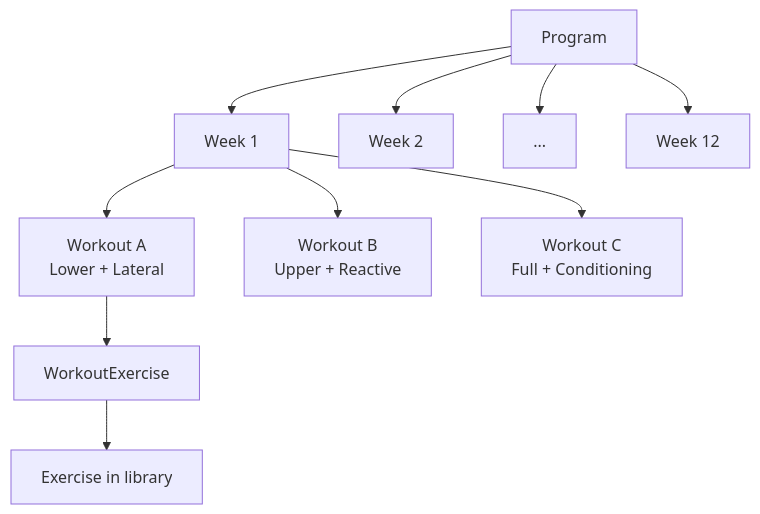
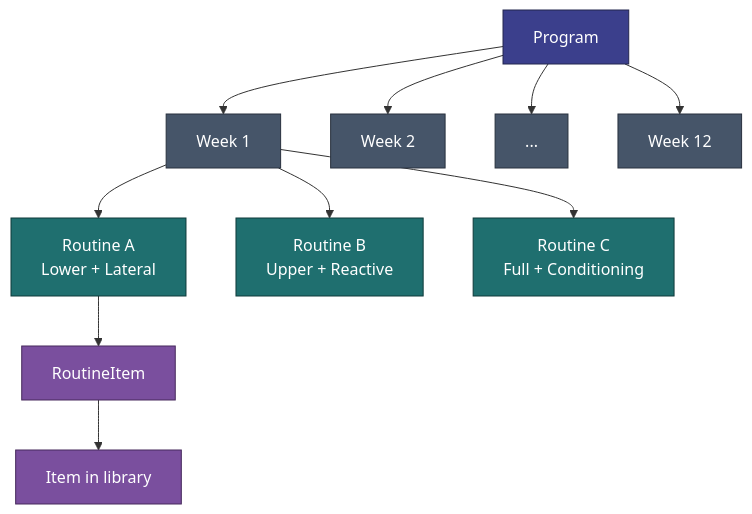
Before and after one commit to jermbo/CosmicWorkOut: the first of 2 diagrams in docs/requirements/program-management.md, drawn with Mermaid. The commit also changed other lines of this file and 132 other files, not shown here.

````diff
--- a/docs/requirements/program-management.md
+++ b/docs/requirements/program-management.md
@@ -30,15 +30,24 @@
 ```mermaid
 flowchart TB
     Prog[Program]
     Prog --> W1[Week 1]
     Prog --> W2[Week 2]
     Prog --> Wdot["..."]
     Prog --> W12[Week 12]
 
-    W1 --> WA["Workout A<br/>Lower + Lateral"]
-    W1 --> WB["Workout B<br/>Upper + Reactive"]
-    W1 --> WC["Workout C<br/>Full + Conditioning"]
+    W1 --> WA["Routine A<br/>Lower + Lateral"]
+    W1 --> WB["Routine B<br/>Upper + Reactive"]
+    W1 --> WC["Routine C<br/>Full + Conditioning"]
 
-    WA --> WE1[WorkoutExercise]
-    WE1 --> Ex[Exercise in library]
+    WA --> WE1[RoutineItem]
+    WE1 --> Ex[Item in library]
+
+    classDef program fill:#3b3f8c,stroke:#23264f,color:#ffffff;
+    classDef week fill:#465569,stroke:#28313e,color:#ffffff;
+    classDef routine fill:#1f6f6f,stroke:#0f3a3a,color:#ffffff;
+    classDef item fill:#7a4f9e,stroke:#46295c,color:#ffffff;
+    class Prog program;
+    class W1,W2,Wdot,W12 week;
+    class WA,WB,WC routine;
+    class WE1,Ex item;
 ```
````
